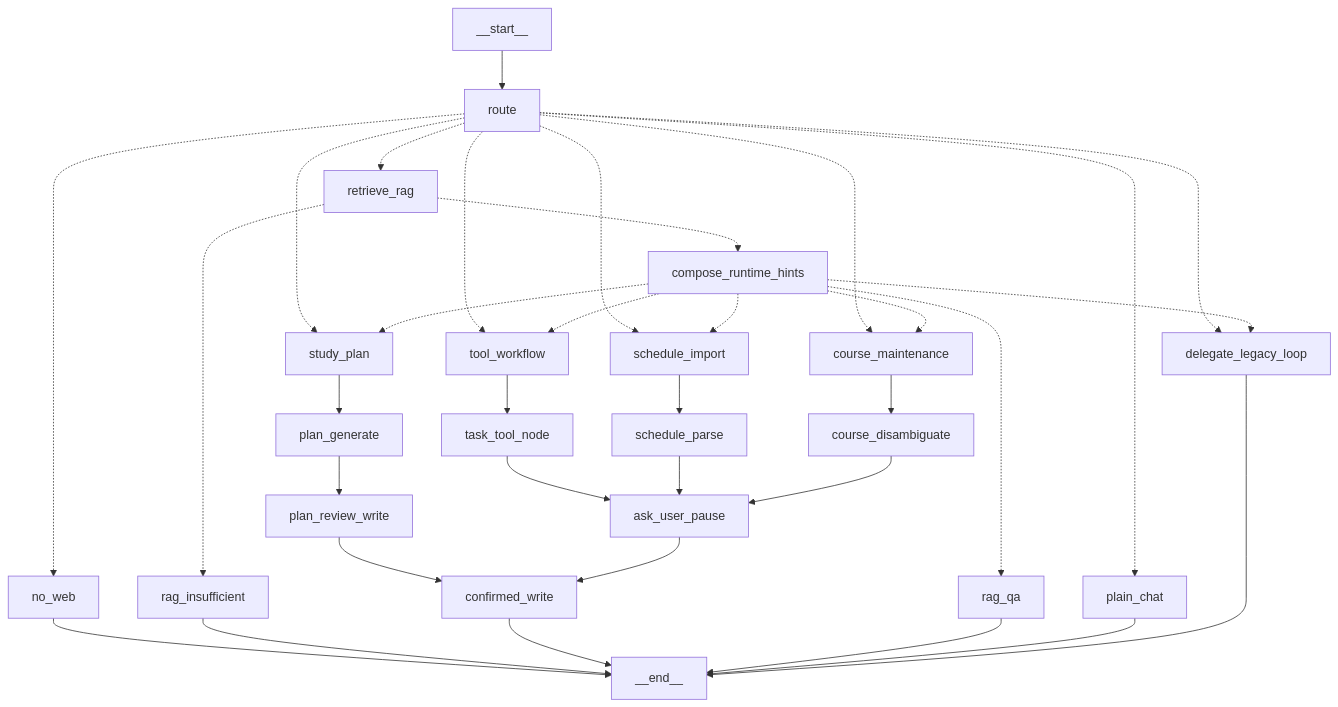
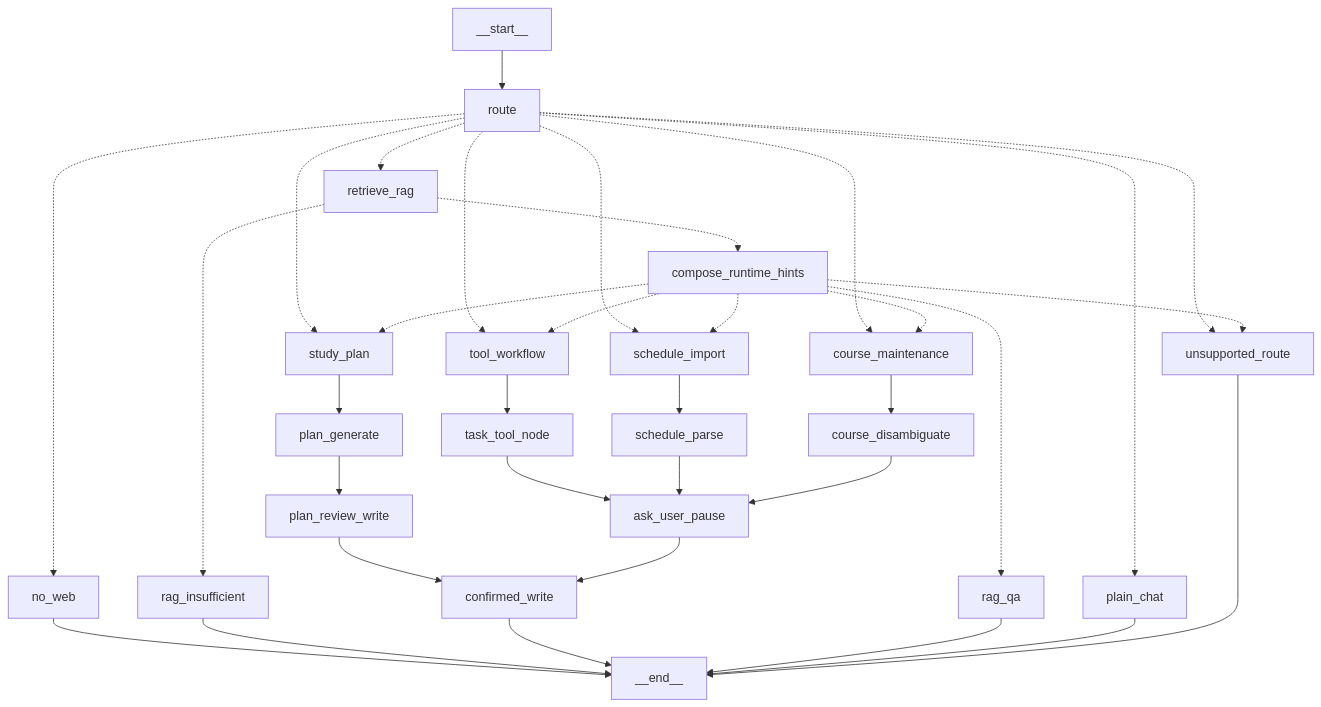
Before and after one commit to janzigc10/student-planner-agent: the diagram in student-planner/app/agent/LANGGRAPH_MIGRATION_CONTRACTS.md, drawn with Mermaid. The commit also changed other lines of this file and 7 other files, not shown here.

````diff
--- a/student-planner/app/agent/LANGGRAPH_MIGRATION_CONTRACTS.md
+++ b/student-planner/app/agent/LANGGRAPH_MIGRATION_CONTRACTS.md
@@ -42,36 +46,36 @@
 ```mermaid
 graph TD
   __start__ --> route
   route -.-> no_web
   route -.-> retrieve_rag
   route -.-> tool_workflow
   tool_workflow --> task_tool_node
   task_tool_node --> ask_user_pause
   route -.-> schedule_import
   schedule_import --> schedule_parse
   schedule_parse --> ask_user_pause
   route -.-> study_plan
   study_plan --> plan_generate
   plan_generate --> plan_review_write
   plan_review_write --> confirmed_write
   route -.-> course_maintenance
   course_maintenance --> course_disambiguate
   course_disambiguate --> ask_user_pause
   ask_user_pause --> confirmed_write
   route -.-> plain_chat
-  route -.-> delegate_legacy_loop
+  route -.-> unsupported_route
   retrieve_rag -.-> rag_insufficient
   retrieve_rag -.-> compose_runtime_hints
   compose_runtime_hints -.-> rag_qa
   compose_runtime_hints -.-> tool_workflow
   compose_runtime_hints -.-> schedule_import
   compose_runtime_hints -.-> study_plan
   compose_runtime_hints -.-> course_maintenance
-  compose_runtime_hints -.-> delegate_legacy_loop
+  compose_runtime_hints -.-> unsupported_route
   no_web --> __end__
   rag_insufficient --> __end__
   confirmed_write --> __end__
   rag_qa --> __end__
   plain_chat --> __end__
-  delegate_legacy_loop --> __end__
+  unsupported_route --> __end__
 ```
````
